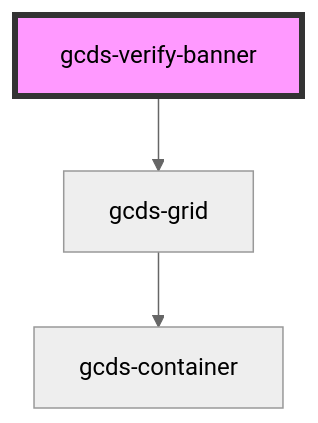
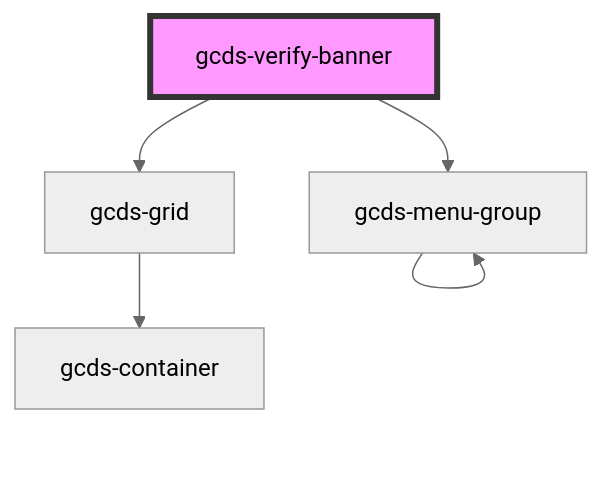
The diagram in packages/web/src/components/gcds-verify-banner/readme.md (cds-snc/gcds-components), drawn with Mermaid (neutral theme) before and after one commit. The commit also changed other lines of this file and 37 other files, not shown here.

````diff
--- a/packages/web/src/components/gcds-verify-banner/readme.md
+++ b/packages/web/src/components/gcds-verify-banner/readme.md
@@ -23,6 +24,8 @@
 ```mermaid
 graph TD;
   gcds-verify-banner --> gcds-grid
+  gcds-verify-banner --> gcds-menu-group
   gcds-grid --> gcds-container
+  gcds-menu-group --> gcds-menu-group
   style gcds-verify-banner fill:#f9f,stroke:#333,stroke-width:4px
 ```
````
